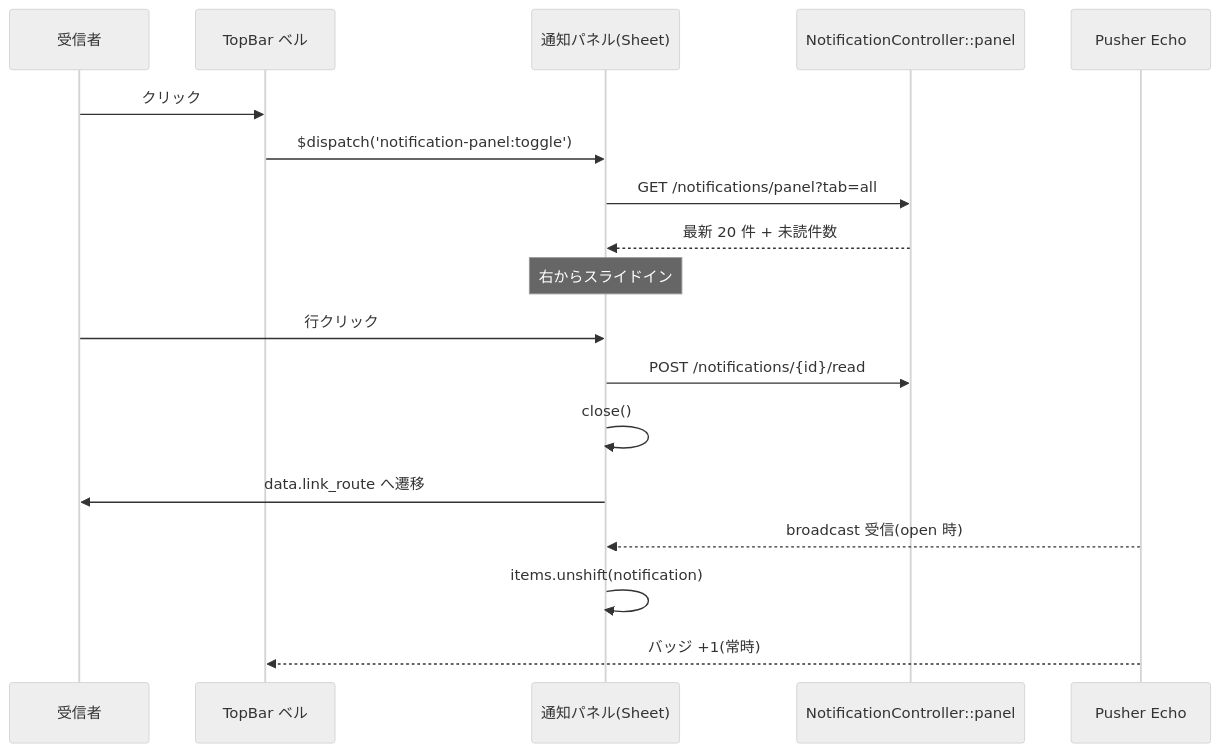
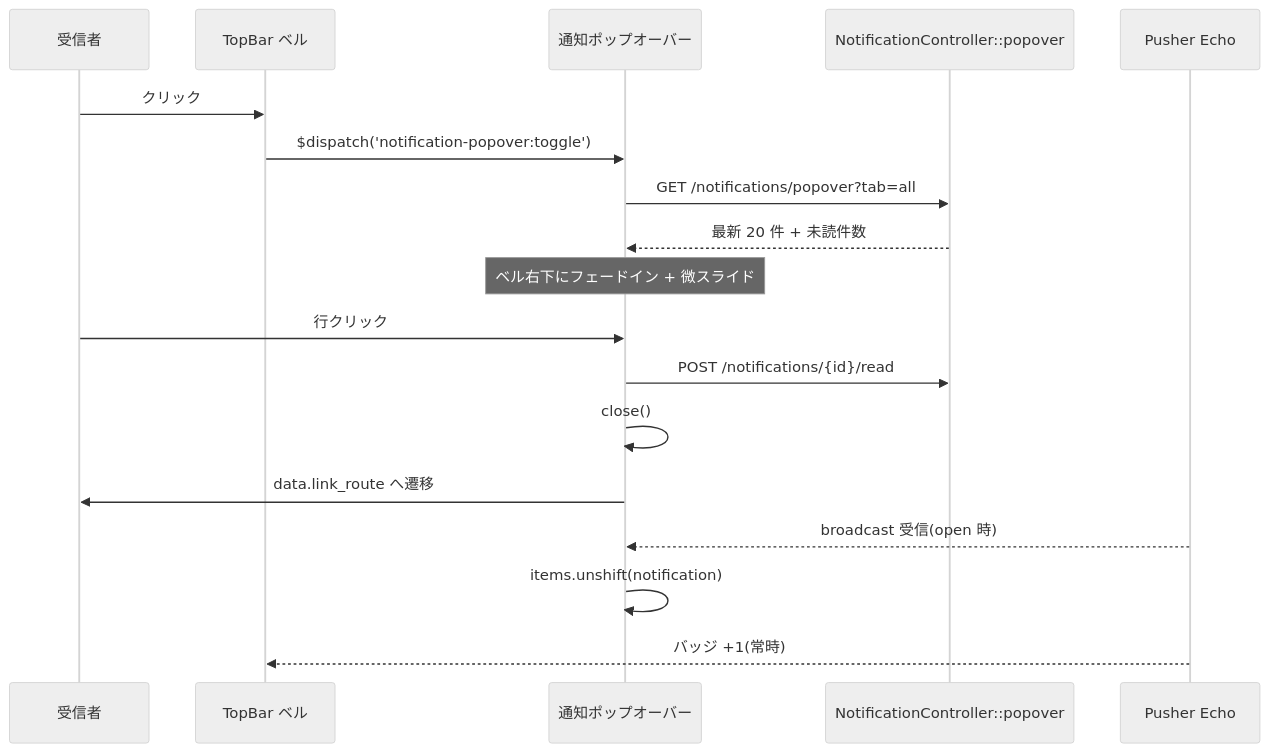
The fifth of 5 diagrams in docs/specs/notification/design.md (coachtech-mockcase-second/ExampleAnswer-mockcase-CertifyLMS), drawn with Mermaid (neutral theme) before and after one commit. The commit also changed other lines of this file and 346 other files, not shown here.

````diff
--- a/docs/specs/notification/design.md
+++ b/docs/specs/notification/design.md
@@ -321,23 +325,23 @@
 ```mermaid
 sequenceDiagram
     participant User as 受信者
     participant Bell as TopBar ベル
-    participant Panel as 通知パネル(Sheet)
-    participant API as NotificationController::panel
+    participant Popover as 通知ポップオーバー
+    participant API as NotificationController::popover
     participant Pusher as Pusher Echo
 
     User->>Bell: クリック
-    Bell->>Panel: $dispatch('notification-panel:toggle')
-    Panel->>API: GET /notifications/panel?tab=all
-    API-->>Panel: 最新 20 件 + 未読件数
-    Note over Panel: 右からスライドイン
+    Bell->>Popover: $dispatch('notification-popover:toggle')
+    Popover->>API: GET /notifications/popover?tab=all
+    API-->>Popover: 最新 20 件 + 未読件数
+    Note over Popover: ベル右下にフェードイン + 微スライド
 
-    User->>Panel: 行クリック
-    Panel->>API: POST /notifications/{id}/read
-    Panel->>Panel: close()
-    Panel->>User: data.link_route へ遷移
+    User->>Popover: 行クリック
+    Popover->>API: POST /notifications/{id}/read
+    Popover->>Popover: close()
+    Popover->>User: data.link_route へ遷移
 
-    Pusher-->>Panel: broadcast 受信(open 時)
-    Panel->>Panel: items.unshift(notification)
+    Pusher-->>Popover: broadcast 受信(open 時)
+    Popover->>Popover: items.unshift(notification)
     Pusher-->>Bell: バッジ +1(常時)
 ```
````
